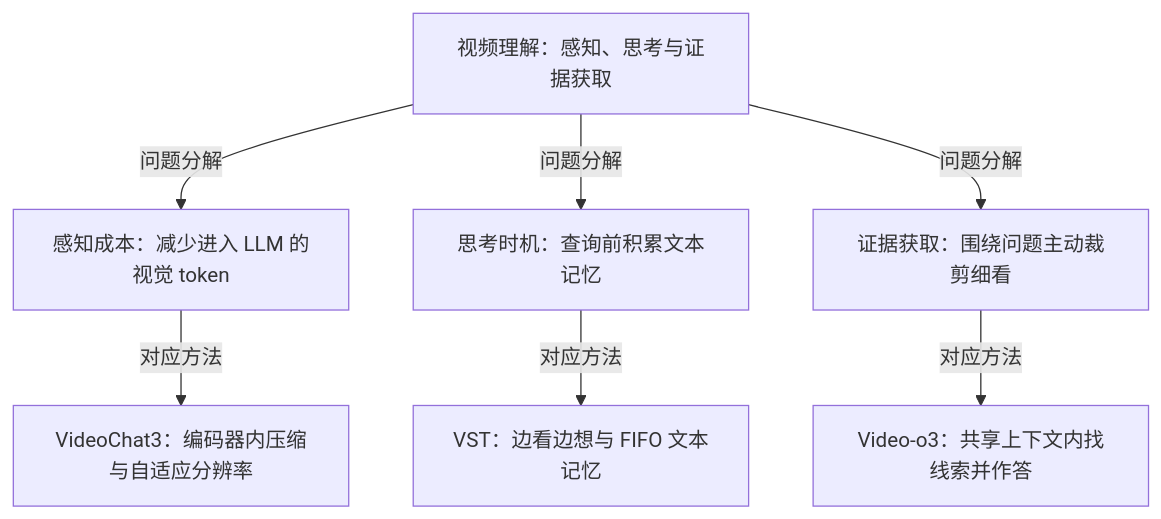
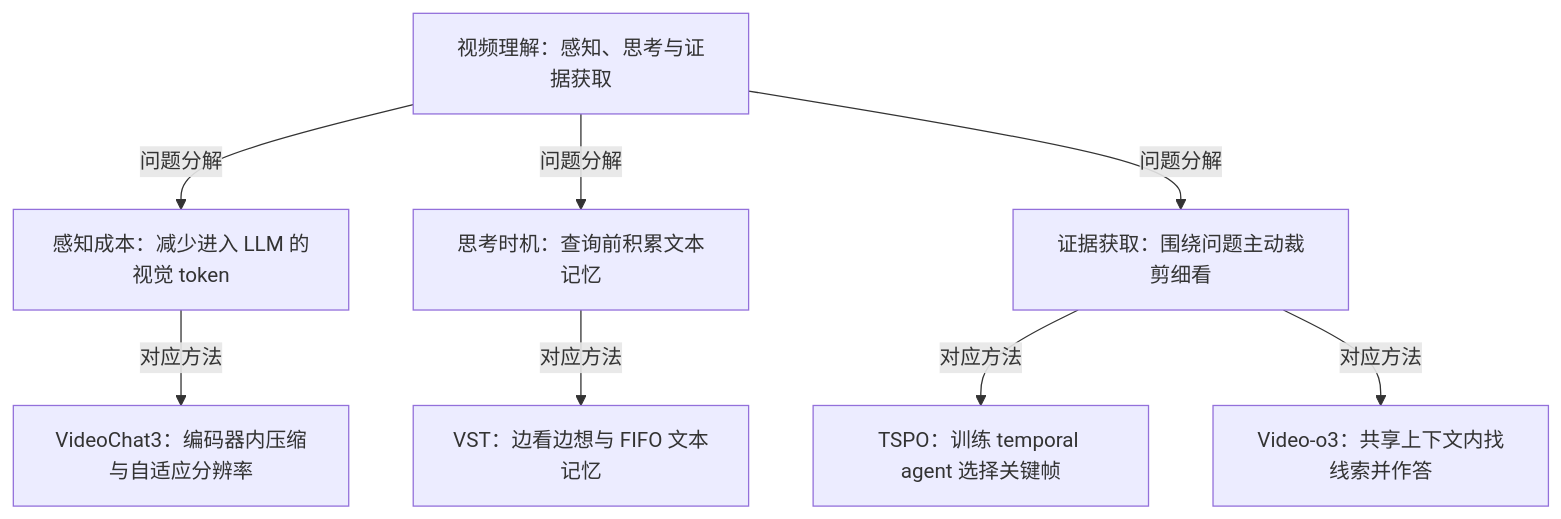
One commit to buptweixin/llm-wiki changed the diagram in wiki/syntheses/video-understanding.md. Above: the diagram before and after it, drawn with Mermaid. The commit also changed other lines of this file and 12 other files, not shown here.

````diff
--- a/wiki/syntheses/video-understanding.md
+++ b/wiki/syntheses/video-understanding.md
@@ -32,16 +32,18 @@
 ```mermaid
 flowchart TB
     root["视频理解：感知、思考与证据获取"]
     cost["感知成本：减少进入 LLM 的视觉 token"]
     timing["思考时机：查询前积累文本记忆"]
     evidence["证据获取：围绕问题主动裁剪细看"]
     vc["VideoChat3：编码器内压缩与自适应分辨率"]
     vst["VST：边看边想与 FIFO 文本记忆"]
+    tspo["TSPO：训练 temporal agent 选择关键帧"]
     vo["Video-o3：共享上下文内找线索并作答"]
     root -->|问题分解| cost
     root -->|问题分解| timing
     root -->|问题分解| evidence
     cost -->|对应方法| vc
     timing -->|对应方法| vst
+    evidence -->|对应方法| tspo
     evidence -->|对应方法| vo
 ```
````
